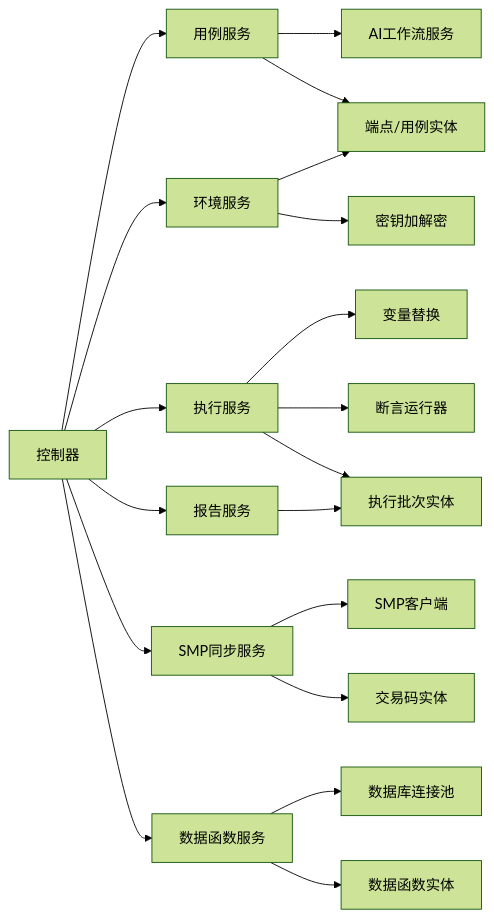
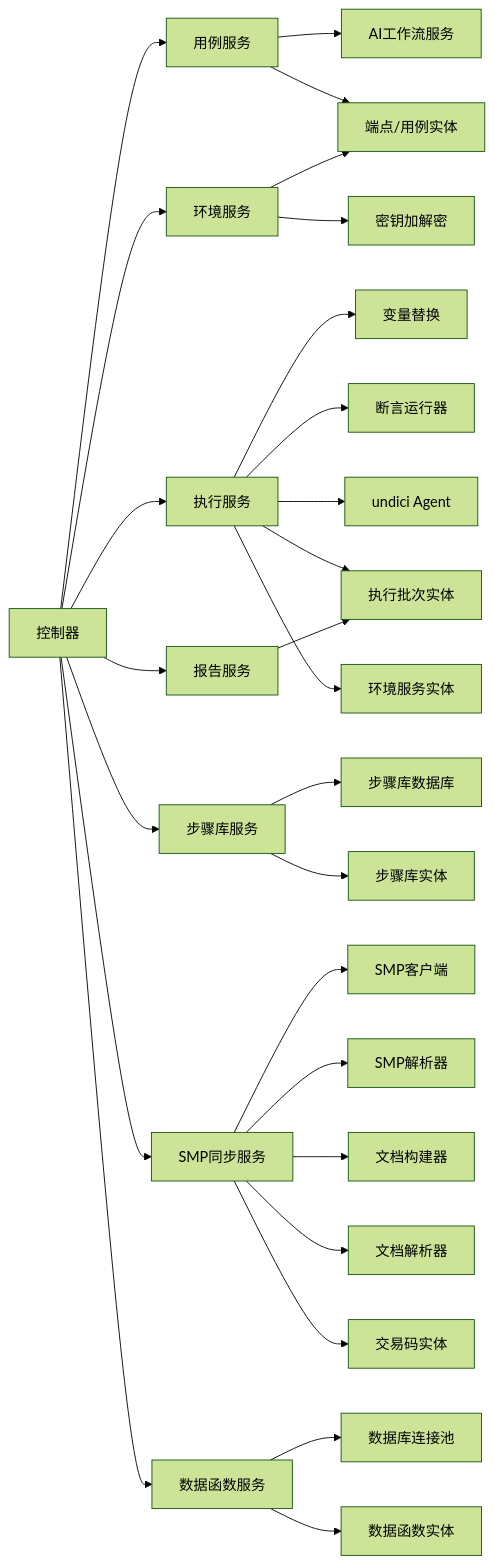
One commit to Lichhu/caseForge changed the eighth of 8 diagrams in .qoder/repowiki/zh/content/核心功能模块/API 测试模块.md. Above: the diagram before and after it, drawn with Mermaid (forest theme). The commit also changed other lines of this file and 8 other files, not shown here.

````diff
--- a/.qoder/repowiki/zh/content/核心功能模块/API 测试模块.md
+++ b/.qoder/repowiki/zh/content/核心功能模块/API 测试模块.md
@@ -616,21 +777,29 @@
 ```mermaid
 graph LR
 CTL["控制器"] --> SVC_CASE["用例服务"]
 CTL --> SVC_ENV["环境服务"]
 CTL --> SVC_EXEC["执行服务"]
 CTL --> SVC_REPORT["报告服务"]
+CTL --> SVC_STEP["步骤库服务"]
 CTL --> SVC_SMP["SMP同步服务"]
 CTL --> SVC_DATAFN["数据函数服务"]
 SVC_EXEC --> UTIL_VAR["变量替换"]
 SVC_EXEC --> UTIL_ASSERT["断言运行器"]
+SVC_EXEC --> UNDICI["undici Agent"]
 SVC_ENV --> UTIL_CRYPTO["密钥加解密"]
+SVC_STEP --> STEP_DB["步骤库数据库"]
 SVC_SMP --> SMP_CLIENT["SMP客户端"]
+SVC_SMP --> SMP_PARSER["SMP解析器"]
+SVC_SMP --> DOC_BUILDER["文档构建器"]
+SVC_SMP --> DOC_PARSER["文档解析器"]
 SVC_DATAFN --> DB_POOLS["数据库连接池"]
 SVC_CASE --> SVC_AI["AI工作流服务"]
 SVC_CASE --> E1["端点/用例实体"]
 SVC_ENV --> E1
 SVC_EXEC --> E2["执行批次实体"]
 SVC_REPORT --> E2
-SVC_SMP --> E3["交易码实体"]
-SVC_DATAFN --> E4["数据函数实体"]
+SVC_STEP --> E3["步骤库实体"]
+SVC_SMP --> E4["交易码实体"]
+SVC_DATAFN --> E5["数据函数实体"]
+SVC_EXEC --> E6["环境服务实体"]
 ```
````
